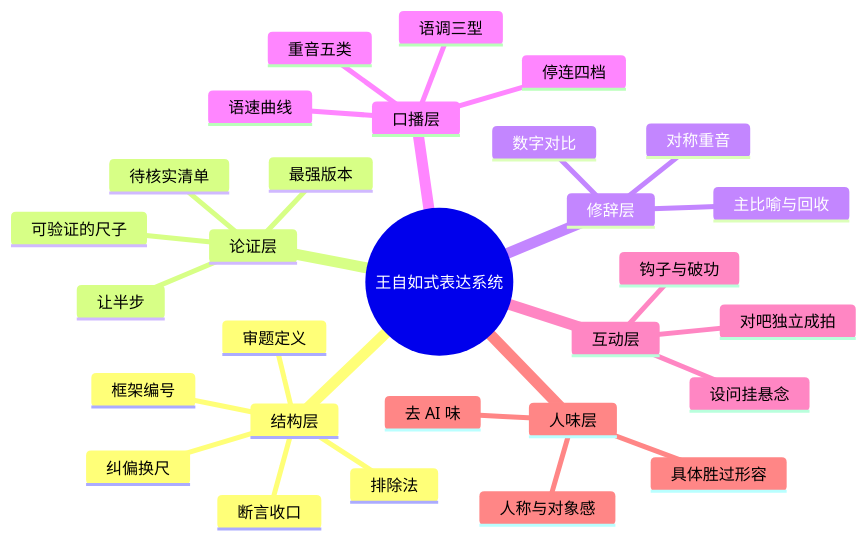
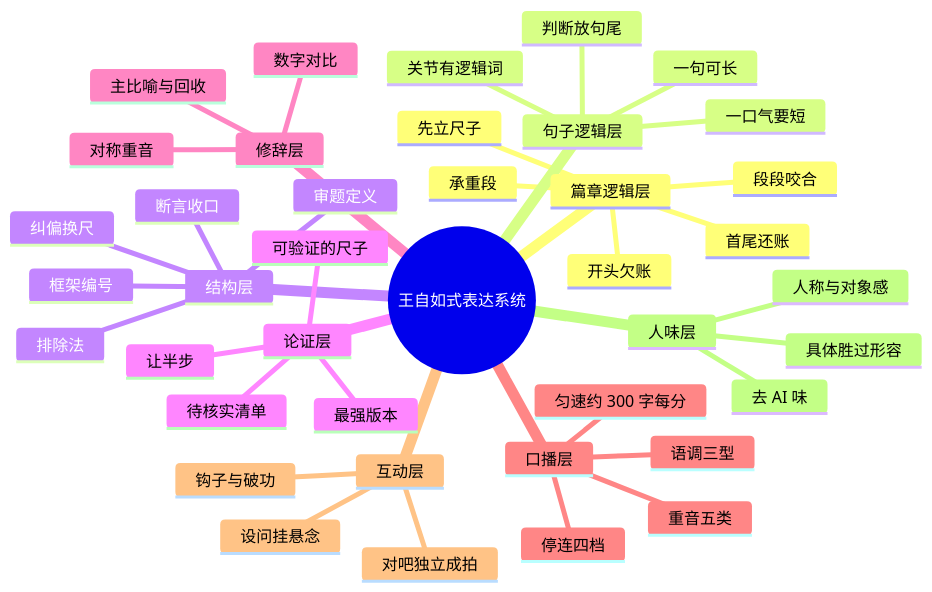
Before and after one commit to chrislitality-svg/wangziru-analysis-skill: the second of 2 diagrams in README.md, drawn with Mermaid. The commit also changed other lines of this file and 17 other files, not shown here.

````diff
--- a/README.md
+++ b/README.md
@@ -125,32 +183,43 @@
 ```mermaid
 mindmap
   root((王自如式表达系统))
+    篇章逻辑层
+      开头欠账
+      先立尺子
+      段段咬合
+      承重段
+      首尾还账
+    句子逻辑层
+      一句可长
+      一口气要短
+      关节有逻辑词
+      判断放句尾
     结构层
       审题定义
       纠偏换尺
       排除法
       框架编号
       断言收口
     论证层
       让半步
       可验证的尺子
       最强版本
       待核实清单
     修辞层
       主比喻与回收
       数字对比
       对称重音
     口播层
       停连四档
       重音五类
       语调三型
-      语速曲线
+      匀速约 300 字每分
     互动层
       对吧独立成拍
       设问挂悬念
       钩子与破功
     人味层
       去 AI 味
       人称与对象感
       具体胜过形容
 ```
````
